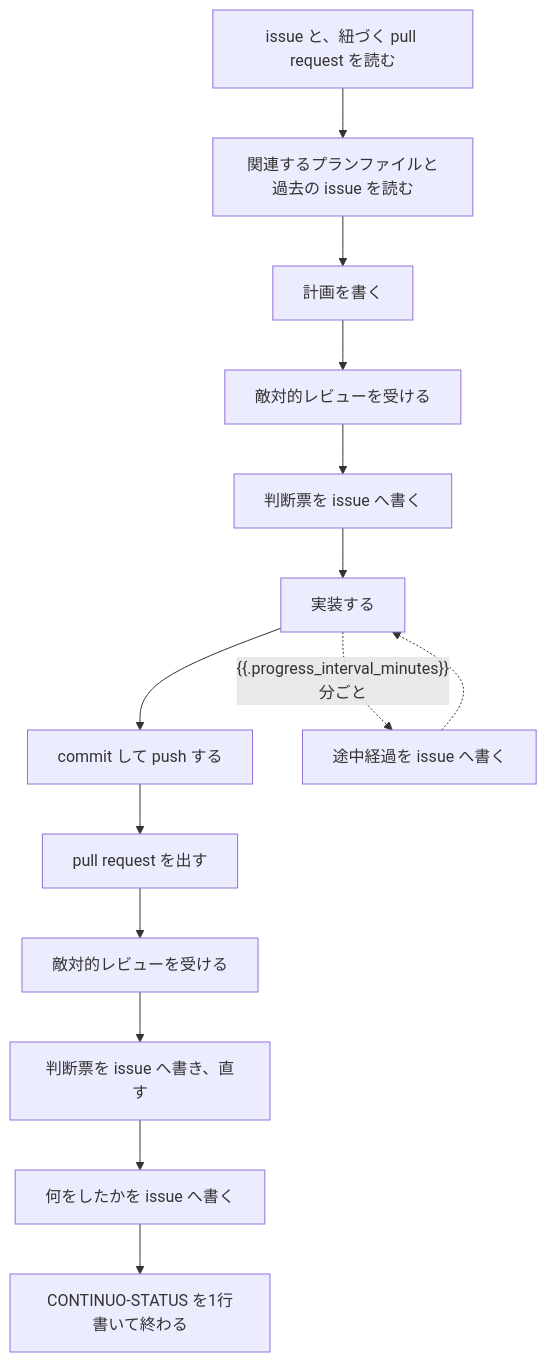
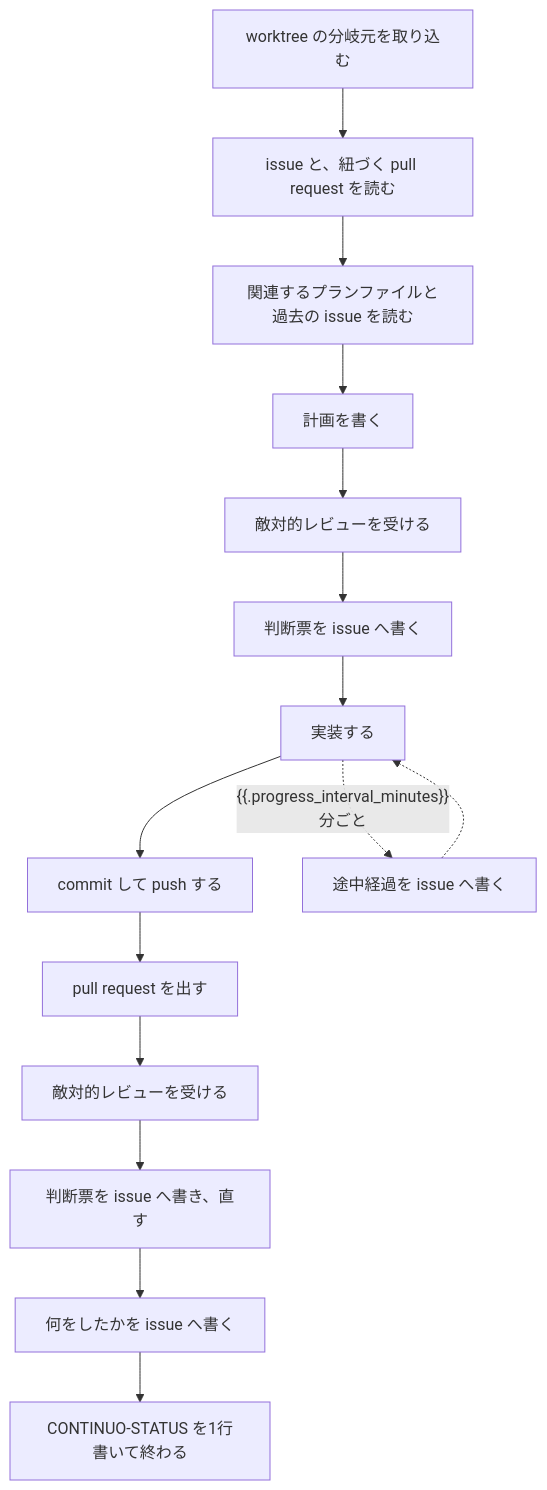
One commit to maimuzo/continuo changed the diagram in internal/prompt/builtin.md. Above: the diagram before and after it, drawn with Mermaid. The commit also changed other lines of this file and 16 other files, not shown here.

````diff
--- a/internal/prompt/builtin.md
+++ b/internal/prompt/builtin.md
@@ -16,16 +16,17 @@
 ```mermaid
 flowchart TD
-    A["issue と、紐づく pull request を読む"] --> B["関連するプランファイルと過去の issue を読む"]
+    Z["worktree の分岐元を取り込む"] --> A["issue と、紐づく pull request を読む"]
+    A --> B["関連するプランファイルと過去の issue を読む"]
     B --> C["計画を書く"]
     C --> D["敵対的レビューを受ける"]
     D --> E["判断票を issue へ書く"]
     E --> F["実装する"]
     F --> G["commit して push する"]
     G --> H["pull request を出す"]
     H --> I["敵対的レビューを受ける"]
     I --> J["判断票を issue へ書き、直す"]
     J --> K["何をしたかを issue へ書く"]
     K --> L["CONTINUO-STATUS を1行書いて終わる"]
     F -. "{{.progress_interval_minutes}}分ごと" .-> M["途中経過を issue へ書く"]
     M -.-> F
 ```
````
